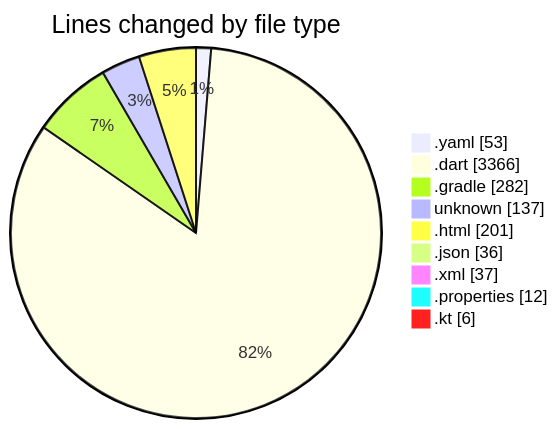
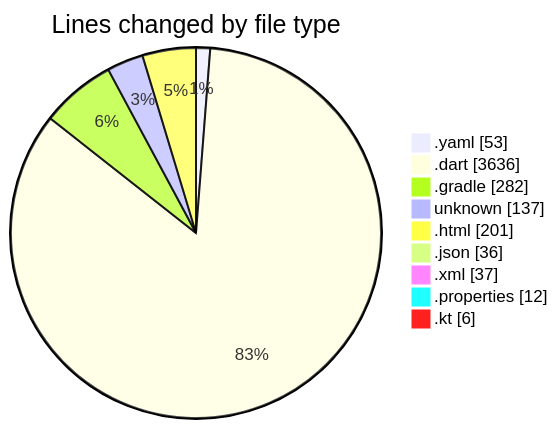
The first of 2 diagrams in 2025-09-02/quanlylink/README.md (lephambinh05/code-tracking), drawn with Mermaid before and after one commit. The commit also changed other lines of this file and 1 other file, not shown here.

````diff
--- a/2025-09-02/quanlylink/README.md
+++ b/2025-09-02/quanlylink/README.md
@@ -45,13 +46,13 @@
 ```mermaid
 pie showData
 title Lines changed by file type
 ".yaml" : 53
-".dart" : 3366
+".dart" : 3636
 ".gradle" : 282
 "unknown" : 137
 ".html" : 201
 ".json" : 36
 ".xml" : 37
 ".properties" : 12
 ".kt" : 6
 ```
````
